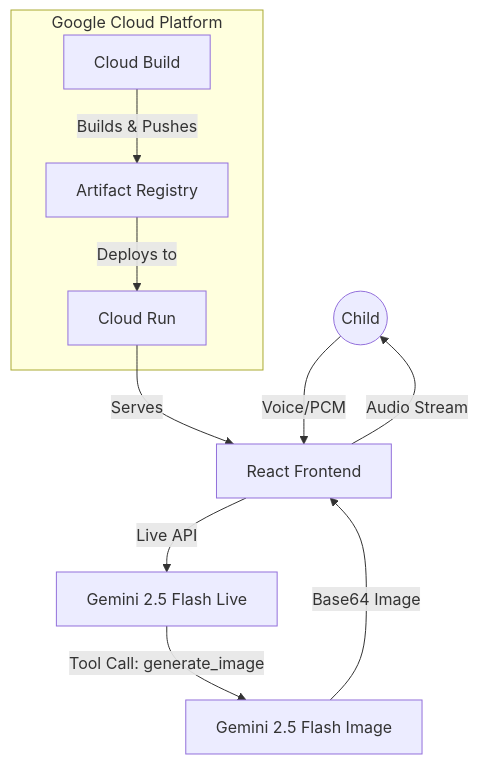
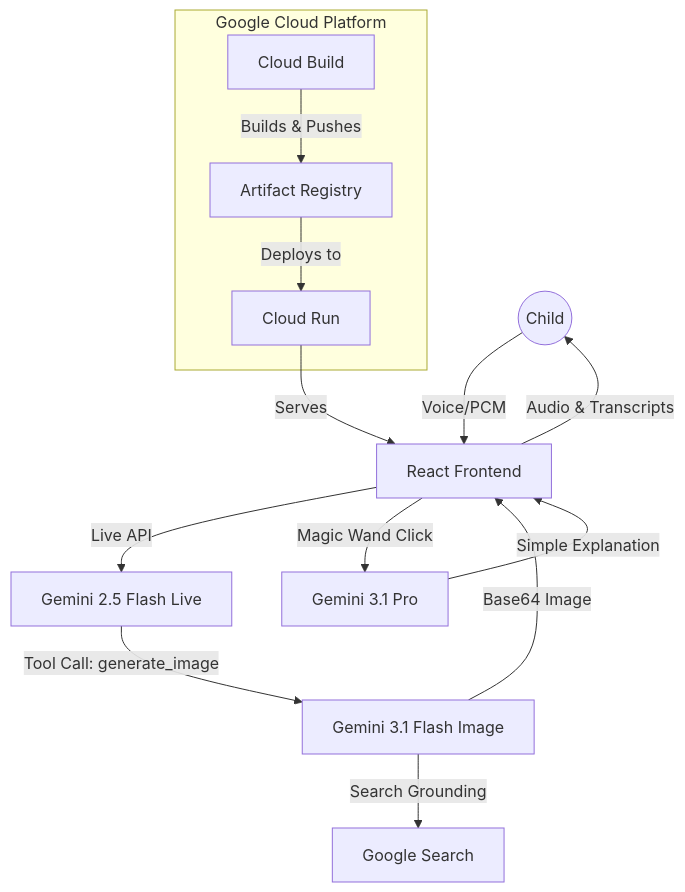
Before and after one commit to swethasrivarnas/Thara: the diagram in README.md, drawn with Mermaid. The commit also changed other lines of this file and 2 other files, not shown here.

First line of the commit message:
feat: Integrate API key selection and Gemini 3.1

````diff
--- a/README.md
+++ b/README.md
@@ -79,18 +87,21 @@
 ```mermaid
 graph TD
     User((Child)) -->|Voice/PCM| Frontend[React Frontend]
     Frontend -->|Live API| GeminiLive[Gemini 2.5 Flash Live]
-    GeminiLive -->|Tool Call: generate_image| GeminiImage[Gemini 2.5 Flash Image]
+    GeminiLive -->|Tool Call: generate_image| GeminiImage[Gemini 3.1 Flash Image]
+    GeminiImage -->|Search Grounding| GoogleSearch[Google Search]
     GeminiImage -->|Base64 Image| Frontend
-    Frontend -->|Audio Stream| User
+    Frontend -->|Magic Wand Click| GeminiPro[Gemini 3.1 Pro]
+    GeminiPro -->|Simple Explanation| Frontend
+    Frontend -->|Audio & Transcripts| User
     
     subgraph Google Cloud Platform
         CloudRun[Cloud Run]
         CloudBuild[Cloud Build]
         ArtifactRegistry[Artifact Registry]
     end
     
     CloudBuild -->|Builds & Pushes| ArtifactRegistry
     ArtifactRegistry -->|Deploys to| CloudRun
     CloudRun -->|Serves| Frontend
 ```
````
